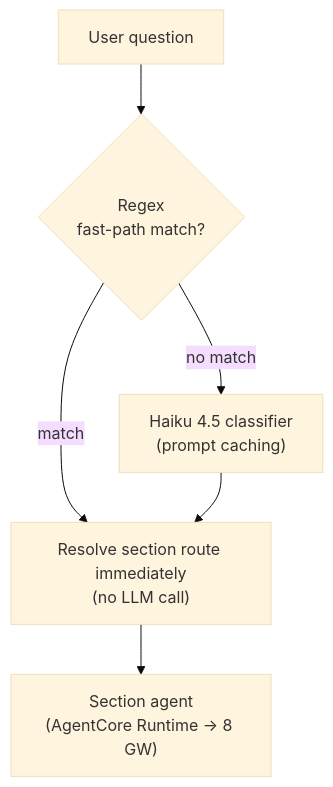
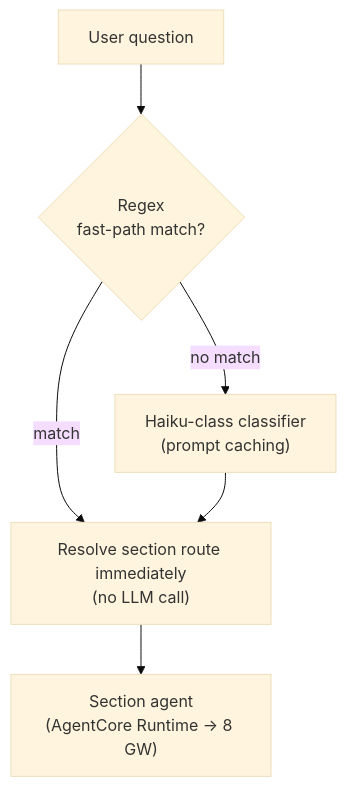
One commit to aws-samples/sample-awsops changed the third of 4 diagrams in docs-site/i18n/en/docusaurus-plugin-content-docs/current/faq/architecture.md. Above: the diagram before and after it, drawn with Mermaid (base theme). The commit also changed other lines of this file and 38 other files, not shown here.

````diff
--- a/docs-site/i18n/en/docusaurus-plugin-content-docs/current/faq/architecture.md
+++ b/docs-site/i18n/en/docusaurus-plugin-content-docs/current/faq/architecture.md
@@ -127,8 +127,8 @@
 ```mermaid
 flowchart TD
   Q["User question"] --> REGEX{"Regex<br/>fast-path match?"}
   REGEX -->|"match"| ROUTE["Resolve section route immediately<br/>(no LLM call)"]
-  REGEX -->|"no match"| HAIKU["Haiku 4.5 classifier<br/>(prompt caching)"]
+  REGEX -->|"no match"| HAIKU["Haiku-class classifier<br/>(prompt caching)"]
   HAIKU --> ROUTE
   ROUTE --> AGENT["Section agent<br/>(AgentCore Runtime → 8 GW)"]
 ```
````
